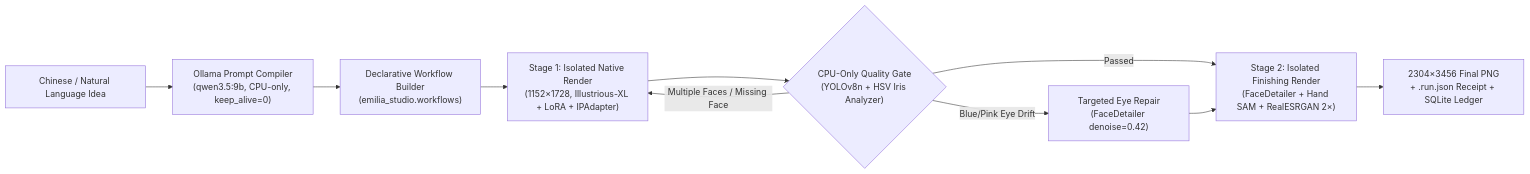
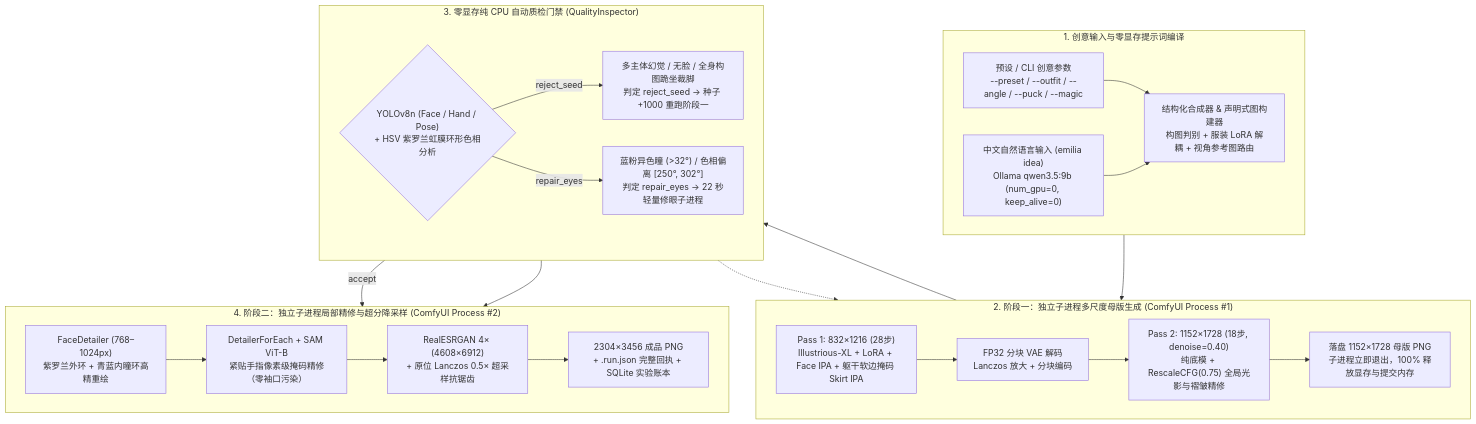
One commit to just1cez/emilia_studio changed the first of 2 diagrams in README.md. Above: the diagram before and after it, drawn with Mermaid. The commit also changed other lines of this file and 4 other files, not shown here.

Commit message:
docs: split bilingual README into README.md and README.en.md with redesigned diagrams and repo cleanup

````diff
--- a/README.md
+++ b/README.md
@@ -66,12 +25,43 @@
 ```mermaid
-flowchart LR
-    A["Chinese / Natural Language Idea"] --> B["Ollama Prompt Compiler<br/>(qwen3.5:9b, CPU-only, keep_alive=0)"]
-    B --> C["Declarative Workflow Builder<br/>(emilia_studio.workflows)"]
-    C --> D["Stage 1: Isolated Native Render<br/>(1152×1728, Illustrious-XL + LoRA + IPAdapter)"]
-    D --> E{"CPU-Only Quality Gate<br/>(YOLOv8n + HSV Iris Analyzer)"}
-    E -- "Multiple Faces / Missing Face" --> D
-    E -- "Blue/Pink Eye Drift" --> F["Targeted Eye Repair<br/>(FaceDetailer denoise=0.42)"]
-    E -- "Passed" --> G["Stage 2: Isolated Finishing Render<br/>(FaceDetailer + Hand SAM + RealESRGAN 2×)"]
-    F --> G
-    G --> H["2304×3456 Final PNG<br/>+ .run.json Receipt + SQLite Ledger"]
+flowchart TB
+    subgraph L1["1. 创意输入与零显存提示词编译"]
+        direction LR
+        IN1["预设 / CLI 创意参数<br/>--preset / --outfit / --angle / --puck / --magic"]
+        IN2["中文自然语言输入 (emilia idea)<br/>Ollama qwen3.5:9b (num_gpu=0, keep_alive=0)"]
+        COMP["结构化合成器 & 声明式图构建器<br/>构图判别 + 服装 LoRA 解耦 + 视角参考图路由"]
+        IN1 & IN2 --> COMP
+    end
+
+    subgraph L2["2. 阶段一：独立子进程多尺度母版生成 (ComfyUI Process #1)"]
+        direction LR
+        P1["Pass 1: 832×1216 (28步)<br/>Illustrious-XL + LoRA + Face IPA + 躯干软边掩码 Skirt IPA"]
+        BR["FP32 分块 VAE 解码<br/>Lanczos 放大 + 分块编码"]
+        P2["Pass 2: 1152×1728 (18步, denoise=0.40)<br/>纯底模 + RescaleCFG(0.75) 全局光影与褶皱精修"]
+        EXIT1["落盘 1152×1728 母版 PNG<br/>子进程立即退出，100% 释放显存与提交内存"]
+        P1 --> BR --> P2 --> EXIT1
+    end
+
+    subgraph L3["3. 零显存纯 CPU 自动质检门禁 (QualityInspector)"]
+        direction LR
+        GATE{"YOLOv8n (Face / Hand / Pose)<br/>+ HSV 紫罗兰虹膜环形色相分析"}
+        REJ["多主体幻觉 / 无脸 / 全身构图跪坐裁脚<br/>判定 reject_seed -> 种子 +1000 重跑阶段一"]
+        EYE["蓝粉异色瞳 (>32°) / 色相偏离 [250°, 302°]<br/>判定 repair_eyes -> 22 秒轻量修眼子进程"]
+        GATE -- "reject_seed" --> REJ
+        GATE -- "repair_eyes" --> EYE
+    end
+
+    subgraph L4["4. 阶段二：独立子进程局部精修与超分降采样 (ComfyUI Process #2)"]
+        direction LR
+        FD["FaceDetailer (768–1024px)<br/>紫罗兰外环 + 青蓝内瞳环高精重绘"]
+        HD["DetailerForEach + SAM ViT-B<br/>紧贴手指像素级掩码精修（零袖口污染）"]
+        UP["RealESRGAN 4× (4608×6912)<br/>+ 原位 Lanczos 0.5× 超采样抗锯齿"]
+        OUT["2304×3456 成品 PNG<br/>+ .run.json 完整回执 + SQLite 实验账本"]
+        FD --> HD --> UP --> OUT
+    end
+
+    COMP --> P1
+    EXIT1 --> GATE
+    REJ -.-> P1
+    GATE -- "accept" --> FD
+    EYE --> FD
 ```
````
